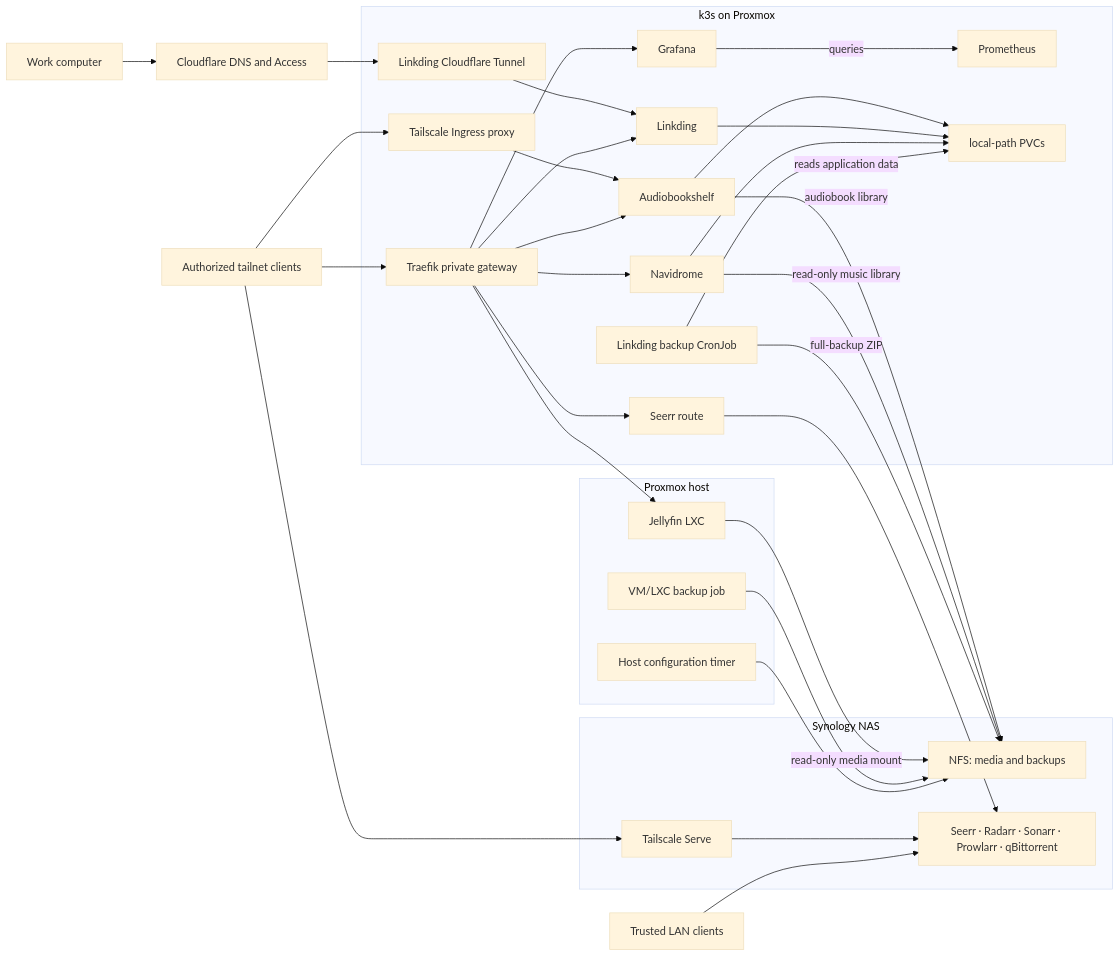
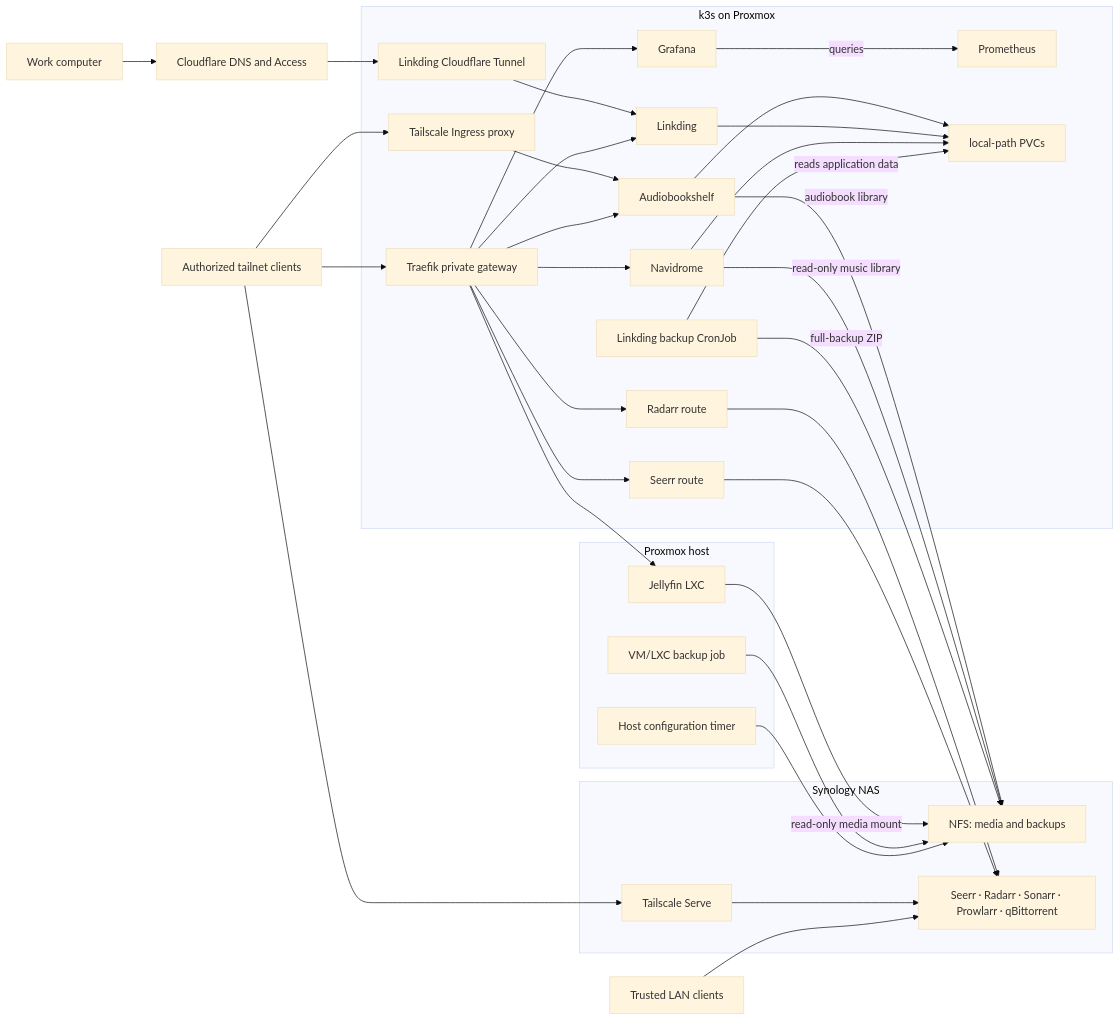
One commit to vitaly-guzun/homelab changed the second of 2 diagrams in README.md. Above: the diagram before and after it, drawn with Mermaid (base theme). The commit also changed other lines of this file and 5 other files, not shown here.

````diff
--- a/README.md
+++ b/README.md
@@ -87,57 +88,59 @@
 ```mermaid
 flowchart LR
     WorkComputer["Work computer"]
     Tailnet["Authorized tailnet clients"]
     LAN["Trusted LAN clients"]
     CloudflareAccess["Cloudflare DNS and Access"]
 
     subgraph K3s["k3s on Proxmox"]
         Cloudflared["Linkding Cloudflare Tunnel"]
         TSIngress["Tailscale Ingress proxy"]
         Gateway["Traefik private gateway"]
         Audiobookshelf["Audiobookshelf"]
         Linkding["Linkding"]
         Navidrome["Navidrome"]
+        RadarrGateway["Radarr route"]
         SeerrGateway["Seerr route"]
         Grafana["Grafana"]
         Prometheus["Prometheus"]
         LocalPVC["local-path PVCs"]
         LinkdingBackup["Linkding backup CronJob"]
     end
 
     subgraph Proxmox["Proxmox host"]
         Jellyfin["Jellyfin LXC"]
         GuestBackup["VM/LXC backup job"]
         ConfigBackup["Host configuration timer"]
     end
 
     subgraph NAS["Synology NAS"]
         NFS["NFS: media and backups"]
         Media["Seerr · Radarr · Sonarr · Prowlarr · qBittorrent"]
         TSServe["Tailscale Serve"]
     end
 
     WorkComputer --> CloudflareAccess --> Cloudflared --> Linkding
     Tailnet --> TSIngress
     TSIngress --> Audiobookshelf
     Tailnet --> Gateway
     Gateway --> Audiobookshelf
     Gateway --> Linkding
     Gateway --> Navidrome
+    Gateway --> RadarrGateway --> Media
     Gateway --> SeerrGateway --> Media
     Gateway --> Grafana
     Gateway --> Jellyfin
     Tailnet --> TSServe --> Media
     LAN --> Media
     Audiobookshelf --> LocalPVC
     Linkding --> LocalPVC
     Navidrome --> LocalPVC
     Audiobookshelf -->|"audiobook library"| NFS
     Navidrome -->|"read-only music library"| NFS
     Grafana -->|"queries"| Prometheus
     Jellyfin -->|"read-only media mount"| NFS
     LinkdingBackup -->|"reads application data"| LocalPVC
     LinkdingBackup -->|"full-backup ZIP"| NFS
     GuestBackup --> NFS
     ConfigBackup --> NFS
 ```
````
